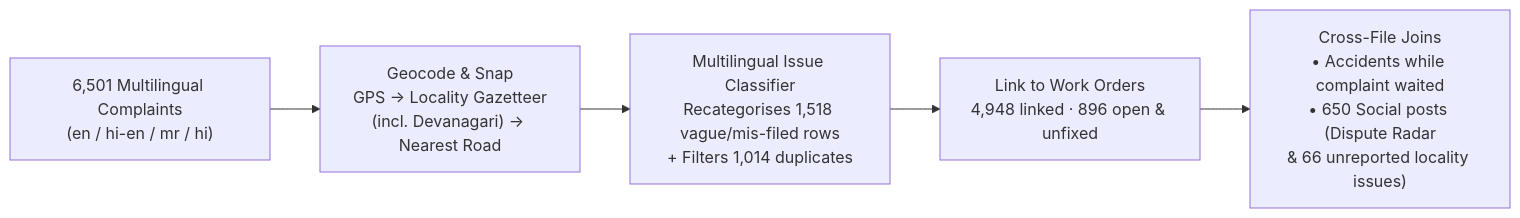
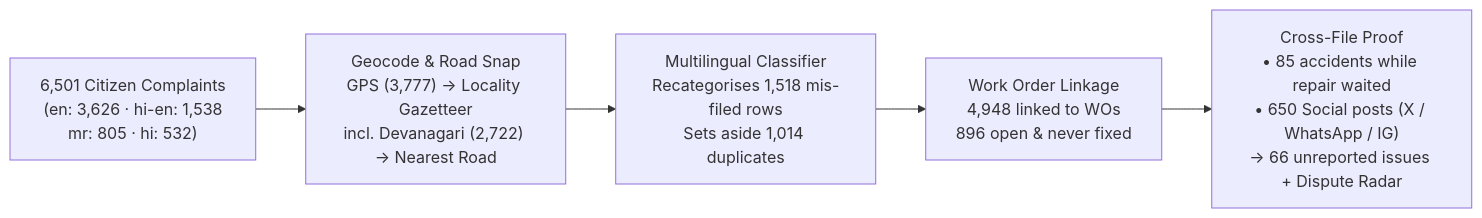
The fourth of 4 diagrams in README.md (akashupase/claude-hackathon-2026), drawn with Mermaid before and after one commit. The commit also changed other lines of this file, not shown here.

````diff
--- a/README.md
+++ b/README.md
@@ -98,7 +103,7 @@
 ```mermaid
 flowchart LR
-    C["6,501 Multilingual Complaints<br/>(en / hi-en / mr / hi)"] --> G["Geocode & Snap<br/>GPS → Locality Gazetteer<br/>(incl. Devanagari) → Nearest Road"]
-    G --> CL["Multilingual Issue Classifier<br/>Recategorises 1,518 vague/mis-filed rows<br/>+ Filters 1,014 duplicates"]
-    CL --> L["Link to Work Orders<br/>4,948 linked · 896 open & unfixed"]
-    L --> X["Cross-File Joins<br/>• Accidents while complaint waited<br/>• 650 Social posts (Dispute Radar<br/>& 66 unreported locality issues)"]
+    C["6,501 Citizen Complaints<br/>(en: 3,626 · hi-en: 1,538<br/>mr: 805 · hi: 532)"] --> GEO["Geocode & Road Snap<br/>GPS (3,777) → Locality Gazetteer<br/>incl. Devanagari (2,722) → Nearest Road"]
+    GEO --> CLS["Multilingual Classifier<br/>Recategorises 1,518 mis-filed rows<br/>Sets aside 1,014 duplicates"]
+    CLS --> WO["Work Order Linkage<br/>4,948 linked to WOs<br/>896 open & never fixed"]
+    WO --> CROSS["Cross-File Proof<br/>• 85 accidents while repair waited<br/>• 650 Social posts (X / WhatsApp / IG)<br/>→ 66 unreported issues + Dispute Radar"]
 ```
````
